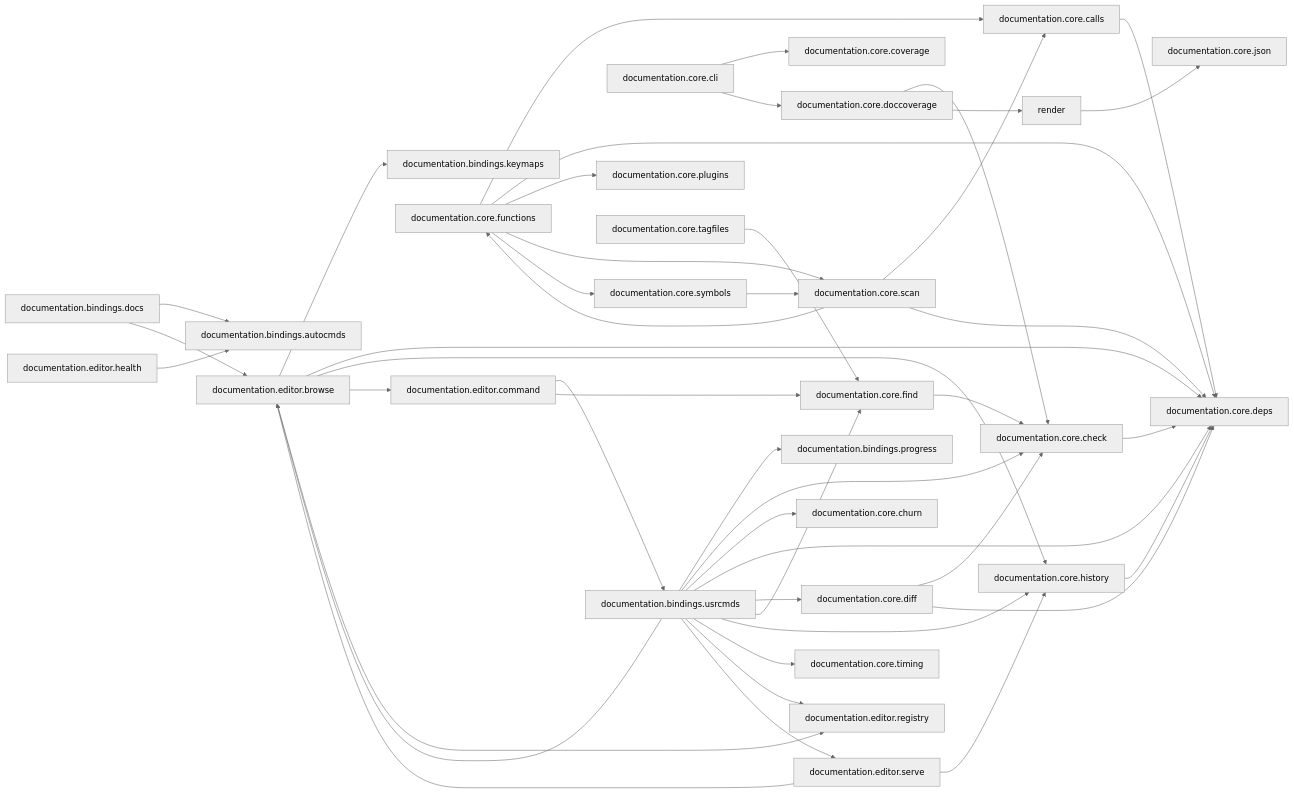
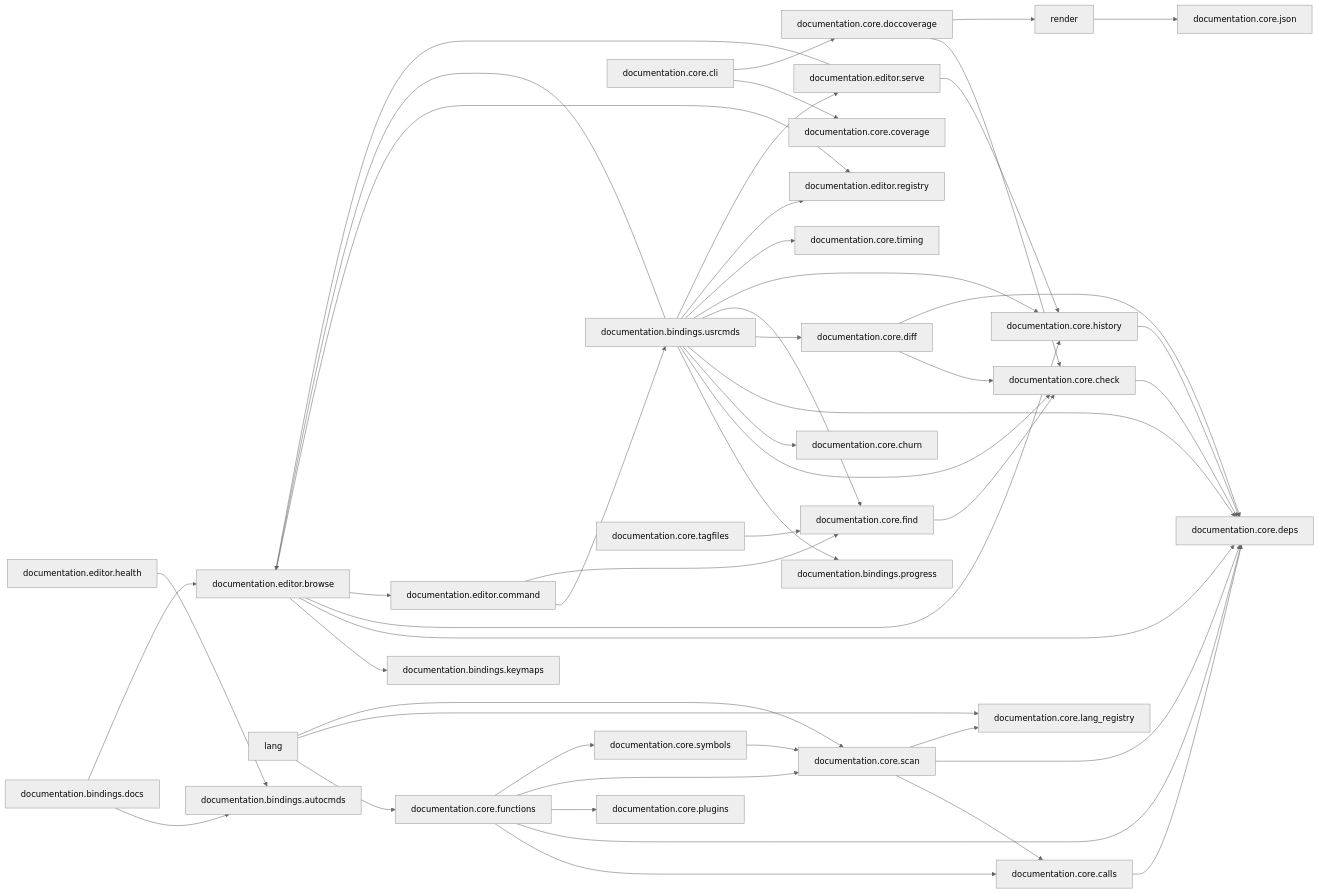
The second of 2 diagrams in docs/map/overview.md (StefanBartl/documentation.nvim), drawn with Mermaid (neutral theme) before and after one commit. The commit also changed other lines of this file and 12 other files, not shown here.

````diff
--- a/docs/map/overview.md
+++ b/docs/map/overview.md
@@ -40,75 +42,80 @@
 ```mermaid
 flowchart LR
   nlua_documentation_bindings_autocmds_lua["documentation.bindings.autocmds"]
   nlua_documentation_bindings_docs_lua["documentation.bindings.docs"]
   nlua_documentation_bindings_keymaps_lua["documentation.bindings.keymaps"]
   nlua_documentation_bindings_progress_lua["documentation.bindings.progress"]
   nlua_documentation_bindings_usrcmds["documentation.bindings.usrcmds"]
   nlua_documentation_core_calls_lua["documentation.core.calls"]
   nlua_documentation_core_check_lua["documentation.core.check"]
   nlua_documentation_core_churn_lua["documentation.core.churn"]
   nlua_documentation_core_cli_lua["documentation.core.cli"]
   nlua_documentation_core_coverage_lua["documentation.core.coverage"]
   nlua_documentation_core_deps_lua["documentation.core.deps"]
   nlua_documentation_core_diff_lua["documentation.core.diff"]
   nlua_documentation_core_doccoverage_lua["documentation.core.doccoverage"]
   nlua_documentation_core_find_lua["documentation.core.find"]
   nlua_documentation_core_functions_lua["documentation.core.functions"]
   nlua_documentation_core_history_lua["documentation.core.history"]
   nlua_documentation_core_json_lua["documentation.core.json"]
+  nlua_documentation_core_lang["lang"]
+  nlua_documentation_core_lang_registry_lua["documentation.core.lang_registry"]
   nlua_documentation_core_plugins_lua["documentation.core.plugins"]
   nlua_documentation_core_render["render"]
   nlua_documentation_core_scan_lua["documentation.core.scan"]
   nlua_documentation_core_symbols_lua["documentation.core.symbols"]
   nlua_documentation_core_tagfiles_lua["documentation.core.tagfiles"]
   nlua_documentation_core_timing_lua["documentation.core.timing"]
   nlua_documentation_editor_browse["documentation.editor.browse"]
   nlua_documentation_editor_command_lua["documentation.editor.command"]
   nlua_documentation_editor_health_lua["documentation.editor.health"]
   nlua_documentation_editor_registry_lua["documentation.editor.registry"]
   nlua_documentation_editor_serve_lua["documentation.editor.serve"]
   nlua_documentation_bindings_docs_lua --> nlua_documentation_bindings_autocmds_lua
   nlua_documentation_bindings_docs_lua --> nlua_documentation_editor_browse
   nlua_documentation_bindings_usrcmds --> nlua_documentation_bindings_progress_lua
   nlua_documentation_bindings_usrcmds --> nlua_documentation_core_check_lua
   nlua_documentation_bindings_usrcmds --> nlua_documentation_core_churn_lua
   nlua_documentation_bindings_usrcmds --> nlua_documentation_core_deps_lua
   nlua_documentation_bindings_usrcmds --> nlua_documentation_core_diff_lua
   nlua_documentation_bindings_usrcmds --> nlua_documentation_core_find_lua
   nlua_documentation_bindings_usrcmds --> nlua_documentation_core_history_lua
   nlua_documentation_bindings_usrcmds --> nlua_documentation_core_timing_lua
   nlua_documentation_bindings_usrcmds --> nlua_documentation_editor_browse
   nlua_documentation_bindings_usrcmds --> nlua_documentation_editor_registry_lua
   nlua_documentation_bindings_usrcmds --> nlua_documentation_editor_serve_lua
   nlua_documentation_core_calls_lua --> nlua_documentation_core_deps_lua
   nlua_documentation_core_check_lua --> nlua_documentation_core_deps_lua
   nlua_documentation_core_cli_lua --> nlua_documentation_core_coverage_lua
   nlua_documentation_core_cli_lua --> nlua_documentation_core_doccoverage_lua
   nlua_documentation_core_diff_lua --> nlua_documentation_core_check_lua
   nlua_documentation_core_diff_lua --> nlua_documentation_core_deps_lua
   nlua_documentation_core_doccoverage_lua --> nlua_documentation_core_check_lua
   nlua_documentation_core_doccoverage_lua --> nlua_documentation_core_render
   nlua_documentation_core_find_lua --> nlua_documentation_core_check_lua
   nlua_documentation_core_functions_lua --> nlua_documentation_core_calls_lua
   nlua_documentation_core_functions_lua --> nlua_documentation_core_deps_lua
   nlua_documentation_core_functions_lua --> nlua_documentation_core_plugins_lua
   nlua_documentation_core_functions_lua --> nlua_documentation_core_scan_lua
   nlua_documentation_core_functions_lua --> nlua_documentation_core_symbols_lua
   nlua_documentation_core_history_lua --> nlua_documentation_core_deps_lua
+  nlua_documentation_core_lang --> nlua_documentation_core_functions_lua
+  nlua_documentation_core_lang --> nlua_documentation_core_lang_registry_lua
+  nlua_documentation_core_lang --> nlua_documentation_core_scan_lua
   nlua_documentation_core_render --> nlua_documentation_core_json_lua
   nlua_documentation_core_scan_lua --> nlua_documentation_core_calls_lua
   nlua_documentation_core_scan_lua --> nlua_documentation_core_deps_lua
-  nlua_documentation_core_scan_lua --> nlua_documentation_core_functions_lua
+  nlua_documentation_core_scan_lua --> nlua_documentation_core_lang_registry_lua
   nlua_documentation_core_symbols_lua --> nlua_documentation_core_scan_lua
   nlua_documentation_core_tagfiles_lua --> nlua_documentation_core_find_lua
   nlua_documentation_editor_browse --> nlua_documentation_bindings_keymaps_lua
   nlua_documentation_editor_browse --> nlua_documentation_core_deps_lua
   nlua_documentation_editor_browse --> nlua_documentation_core_history_lua
   nlua_documentation_editor_browse --> nlua_documentation_editor_command_lua
   nlua_documentation_editor_browse --> nlua_documentation_editor_registry_lua
   nlua_documentation_editor_command_lua --> nlua_documentation_bindings_usrcmds
   nlua_documentation_editor_command_lua --> nlua_documentation_core_find_lua
   nlua_documentation_editor_health_lua --> nlua_documentation_bindings_autocmds_lua
   nlua_documentation_editor_serve_lua --> nlua_documentation_core_history_lua
   nlua_documentation_editor_serve_lua --> nlua_documentation_editor_browse
 ```
````
